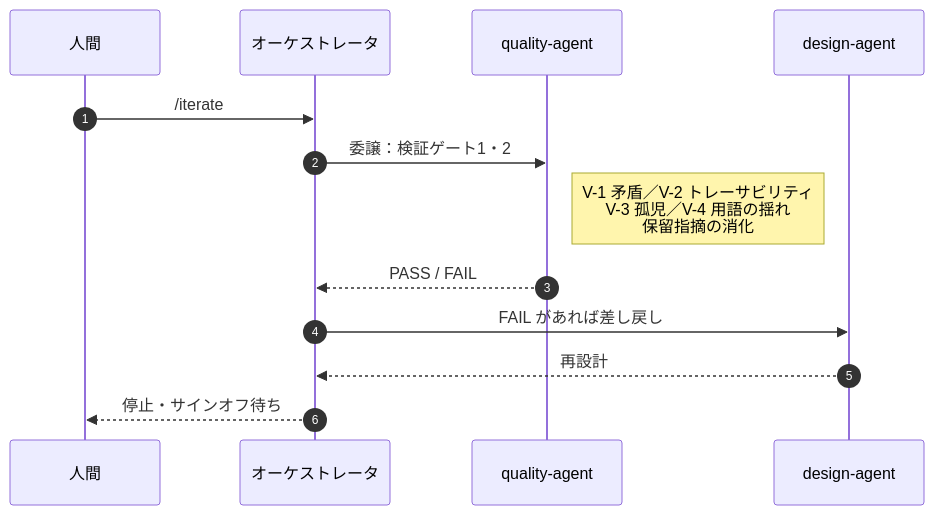
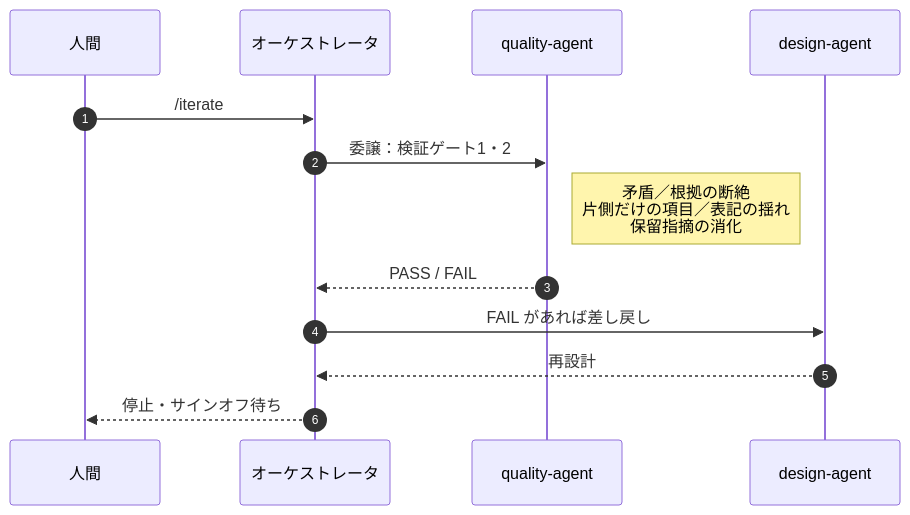
The fourth of 5 diagrams in WORKFLOW.md (daichi-kubokawa/prototyping-agents), drawn with Mermaid before and after one commit. The commit also changed other lines of this file, not shown here.

````diff
--- a/WORKFLOW.md
+++ b/WORKFLOW.md
@@ -181,16 +181,16 @@
 ```mermaid
 sequenceDiagram
     autonumber
     participant U as 人間
     participant O as オーケストレータ
     participant Q as quality-agent
     participant D as design-agent
 
     U->>O: /iterate
     O->>Q: 委譲：検証ゲート1・2
-    Note right of Q: V-1 矛盾／V-2 トレーサビリティ<br/>V-3 孤児／V-4 用語の揺れ<br/>保留指摘の消化
+    Note right of Q: 矛盾／根拠の断絶<br/>片側だけの項目／表記の揺れ<br/>保留指摘の消化
     Q-->>O: PASS / FAIL
     O->>D: FAIL があれば差し戻し
     D-->>O: 再設計
     O-->>U: 停止・サインオフ待ち
 ```
````
